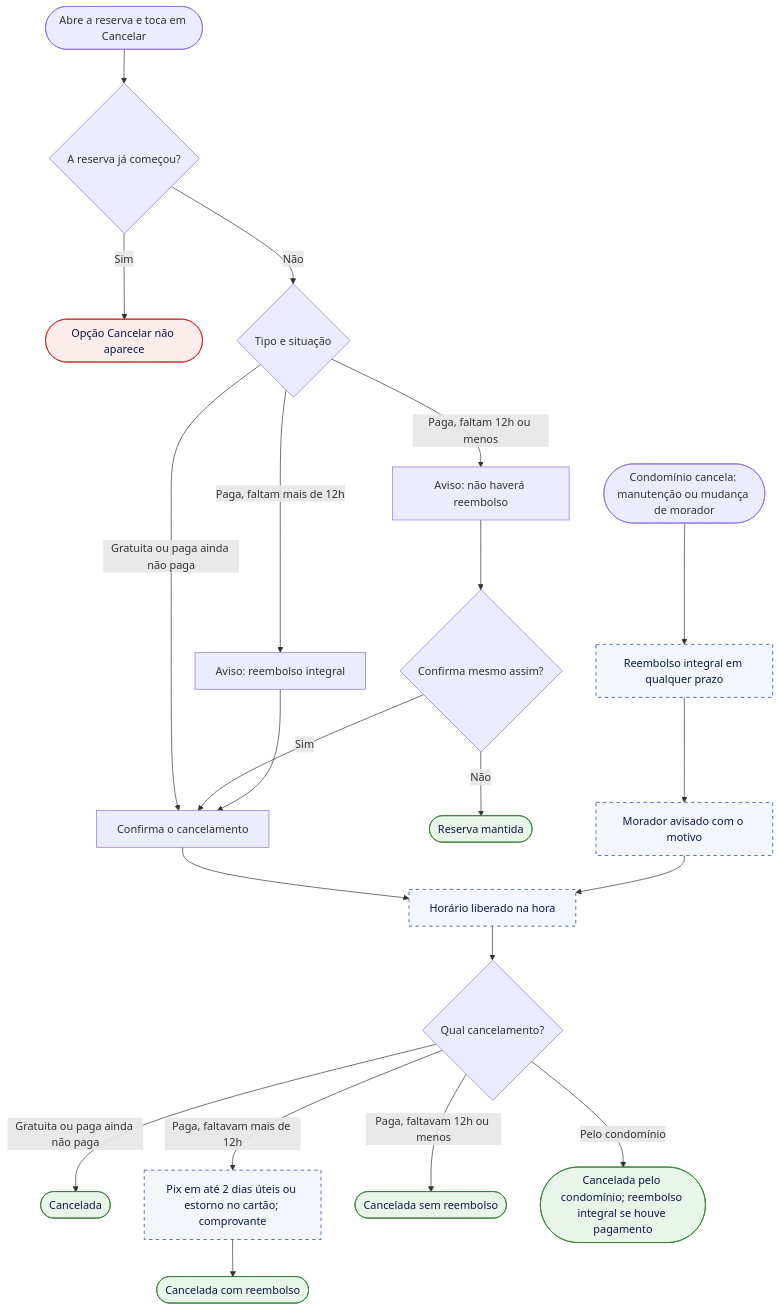
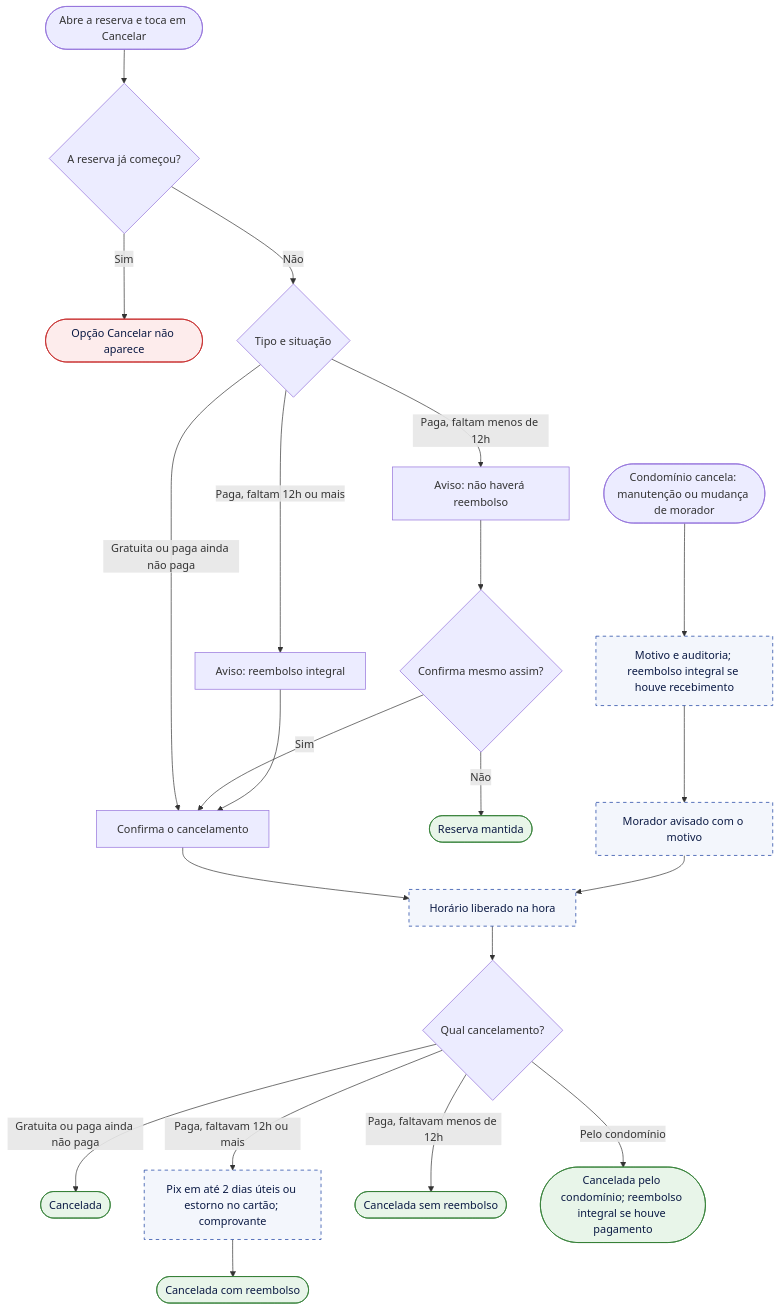
One commit to pedrolems/CondomiFacil changed the ninth of 31 diagrams in docs/02-design/02-user-flows.md. Above: the diagram before and after it, drawn with Mermaid. The commit also changed other lines of this file and 8 other files, not shown here.

````diff
--- a/docs/02-design/02-user-flows.md
+++ b/docs/02-design/02-user-flows.md
@@ -427,29 +429,29 @@
 ```mermaid
 flowchart TD
     A(["Abre a reserva e toca em Cancelar"]) --> B{"A reserva já começou?"}
     B -->|"Sim"| E1(["Opção Cancelar não aparece"])
     B -->|"Não"| C{"Tipo e situação"}
     C -->|"Gratuita ou paga ainda não paga"| D["Confirma o cancelamento"]
-    C -->|"Paga, faltam mais de 12h"| F["Aviso: reembolso integral"]
-    C -->|"Paga, faltam 12h ou menos"| G["Aviso: não haverá reembolso"]
+    C -->|"Paga, faltam 12h ou mais"| F["Aviso: reembolso integral"]
+    C -->|"Paga, faltam menos de 12h"| G["Aviso: não haverá reembolso"]
     G --> G1{"Confirma mesmo assim?"}
     G1 -->|"Não"| Z0(["Reserva mantida"])
     G1 -->|"Sim"| D
     F --> D
     D --> S1["Horário liberado na hora"]
     S1 --> H{"Qual cancelamento?"}
     H -->|"Gratuita ou paga ainda não paga"| Z1(["Cancelada"])
-    H -->|"Paga, faltavam mais de 12h"| S2["Pix em até 2 dias úteis ou estorno no cartão; comprovante"]
+    H -->|"Paga, faltavam 12h ou mais"| S2["Pix em até 2 dias úteis ou estorno no cartão; comprovante"]
     S2 --> Z2(["Cancelada com reembolso"])
-    H -->|"Paga, faltavam 12h ou menos"| Z3(["Cancelada sem reembolso"])
-    X(["Condomínio cancela: manutenção ou mudança de morador"]) --> X1["Reembolso integral em qualquer prazo"]
+    H -->|"Paga, faltavam menos de 12h"| Z3(["Cancelada sem reembolso"])
+    X(["Condomínio cancela: manutenção ou mudança de morador"]) --> X1["Motivo e auditoria; reembolso integral se houve recebimento"]
     X1 --> X2["Morador avisado com o motivo"]
     X2 --> S1
     H -->|"Pelo condomínio"| Z4(["Cancelada pelo condomínio; reembolso integral se houve pagamento"])
     classDef ok fill:#E8F5E9,stroke:#2E7D32,color:#0B1A44
     classDef erro fill:#FDECEC,stroke:#C62828,color:#0B1A44
     classDef sis fill:#F3F6FC,stroke:#0E359D,stroke-dasharray:5 5,color:#0B1A44
     class Z0,Z1,Z2,Z3,Z4 ok
     class E1 erro
     class S1,S2,X1,X2 sis
 ```
````
